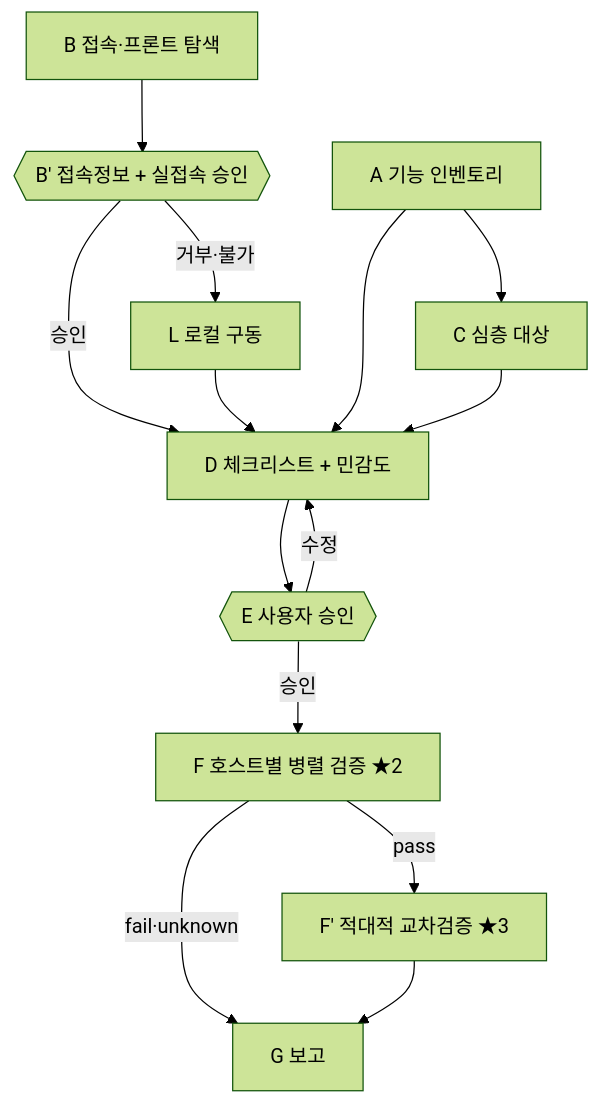
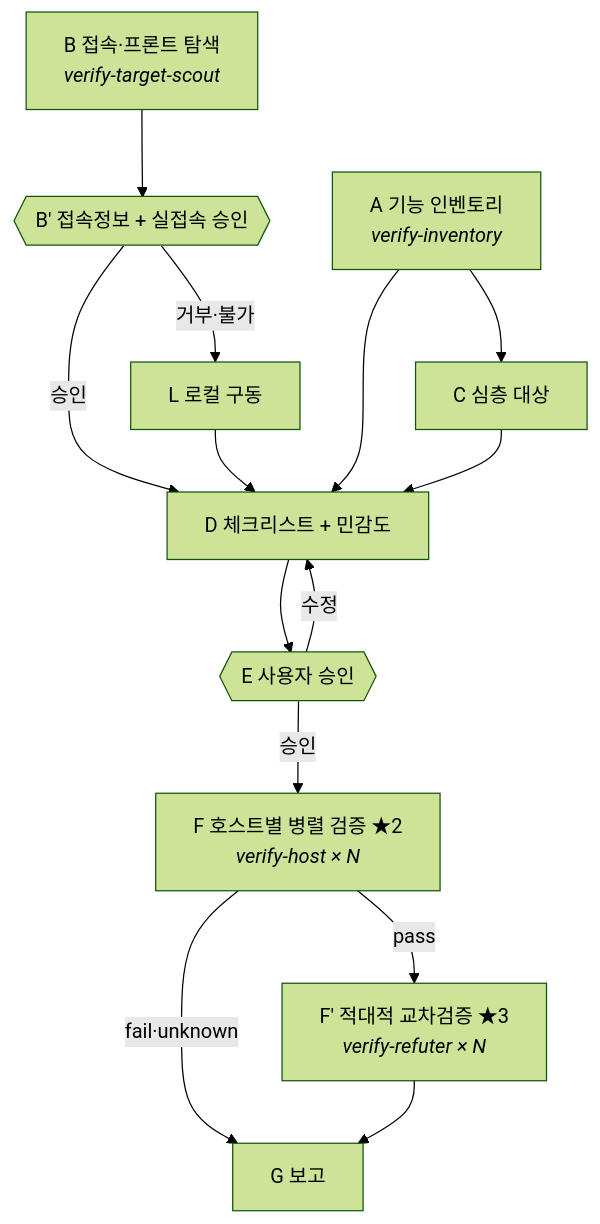
The diagram in verify-impl/SKILL.md (jollaman999/jolla-s-super-skills), drawn with Mermaid (forest theme) before and after one commit. The commit also changed other lines of this file and 6 other files, not shown here.

````diff
--- a/verify-impl/SKILL.md
+++ b/verify-impl/SKILL.md
@@ -33,16 +52,16 @@
 ```mermaid
 flowchart TD
-  A[A 기능 인벤토리] --> C[C 심층 대상]
-  B[B 접속·프론트 탐색] --> B2{{B′ 접속정보 + 실접속 승인}}
+  A["A 기능 인벤토리<br/><i>verify-inventory</i>"] --> C[C 심층 대상]
+  B["B 접속·프론트 탐색<br/><i>verify-target-scout</i>"] --> B2{{B′ 접속정보 + 실접속 승인}}
   B2 -->|승인| D[D 체크리스트 + 민감도]
   B2 -->|거부·불가| L[L 로컬 구동]
   L --> D
   A --> D
   C --> D
   D --> E{{E 사용자 승인}}
   E -->|수정| D
-  E -->|승인| F[F 호스트별 병렬 검증 ★2]
-  F -->|pass| F2[F′ 적대적 교차검증 ★3]
+  E -->|승인| F["F 호스트별 병렬 검증 ★2<br/><i>verify-host × N</i>"]
+  F -->|pass| F2["F′ 적대적 교차검증 ★3<br/><i>verify-refuter × N</i>"]
   F -->|fail·unknown| G[G 보고]
   F2 --> G
 ```
````
